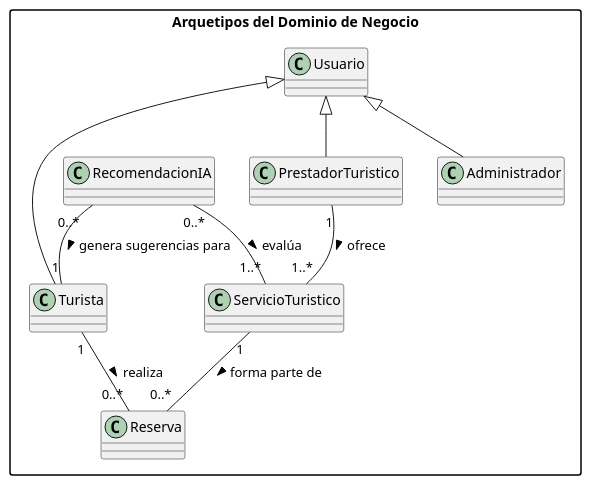
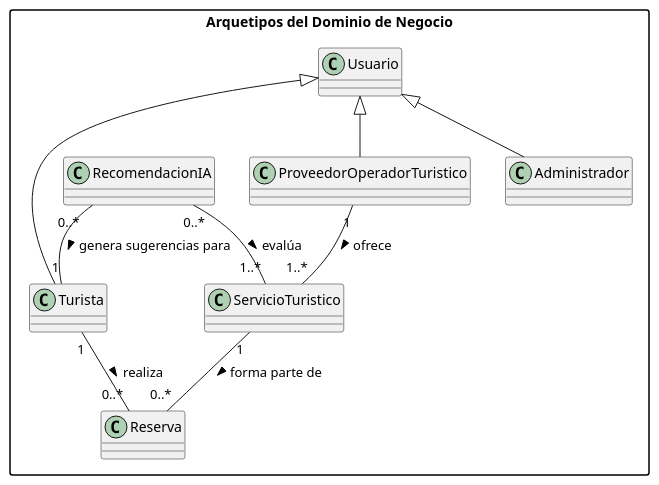
One commit to Csehuanes-code/capstone-project-documentation changed the second of 3 diagrams in deliverables/first-laborratory/theory-applied-to-project.md. Above: the diagram before and after it, drawn with PlantUML. The commit also changed other lines of this file, not shown here.

First line of the commit message:
docs(architecture): adopt Clean Architecture decision and refine diagrams in Laboratory 1

````diff
--- a/deliverables/first-laborratory/theory-applied-to-project.md
+++ b/deliverables/first-laborratory/theory-applied-to-project.md
@@ -126,25 +124,25 @@
 ```plantuml
 @startuml Arquetipos_PlataformaTurismo
 skinparam classAttributeIconSize 0
 skinparam packageStyle rectangle
 
 package "Arquetipos del Dominio de Negocio" {
   class Turista
-  class PrestadorTuristico
+  class ProveedorOperadorTuristico
   class ServicioTuristico
   class Reserva
   class Usuario
   class Administrador
   class RecomendacionIA
 }
 
 Turista "1" -- "0..*" Reserva : realiza >
-PrestadorTuristico "1" -- "1..*" ServicioTuristico : ofrece >
+ProveedorOperadorTuristico "1" -- "1..*" ServicioTuristico : ofrece >
 ServicioTuristico "1" -- "0..*" Reserva : forma parte de >
 Usuario <|-- Turista
-Usuario <|-- PrestadorTuristico
+Usuario <|-- ProveedorOperadorTuristico
 Usuario <|-- Administrador
 RecomendacionIA "0..*" -- "1" Turista : genera sugerencias para >
 RecomendacionIA "0..*" -- "1..*" ServicioTuristico : evalúa >
 @enduml
 ```
````
